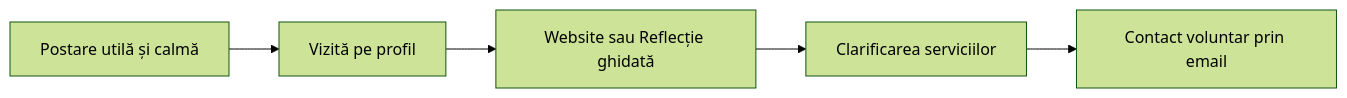
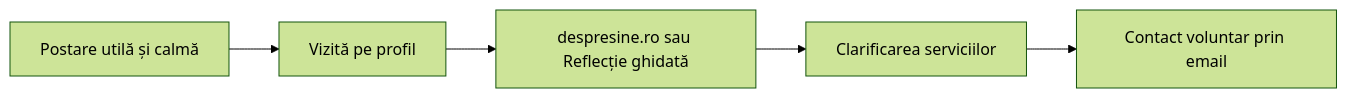
The diagram in obsidian-vault/SilviaMonorepo/social-media/plan-campanie-social-media-v1.md (kosy78/SilviaMonorepo), drawn with Mermaid (forest theme) before and after one commit. The commit also changed other lines of this file and 13 other files, not shown here.

````diff
--- a/obsidian-vault/SilviaMonorepo/social-media/plan-campanie-social-media-v1.md
+++ b/obsidian-vault/SilviaMonorepo/social-media/plan-campanie-social-media-v1.md
@@ -143,7 +145,7 @@
 ```mermaid
 flowchart LR
     A["Postare utilă și calmă"] --> B["Vizită pe profil"]
-    B --> C["Website sau Reflecție ghidată"]
+    B --> C["despresine.ro sau Reflecție ghidată"]
     C --> D["Clarificarea serviciilor"]
     D --> E["Contact voluntar prin email"]
 ```
````
